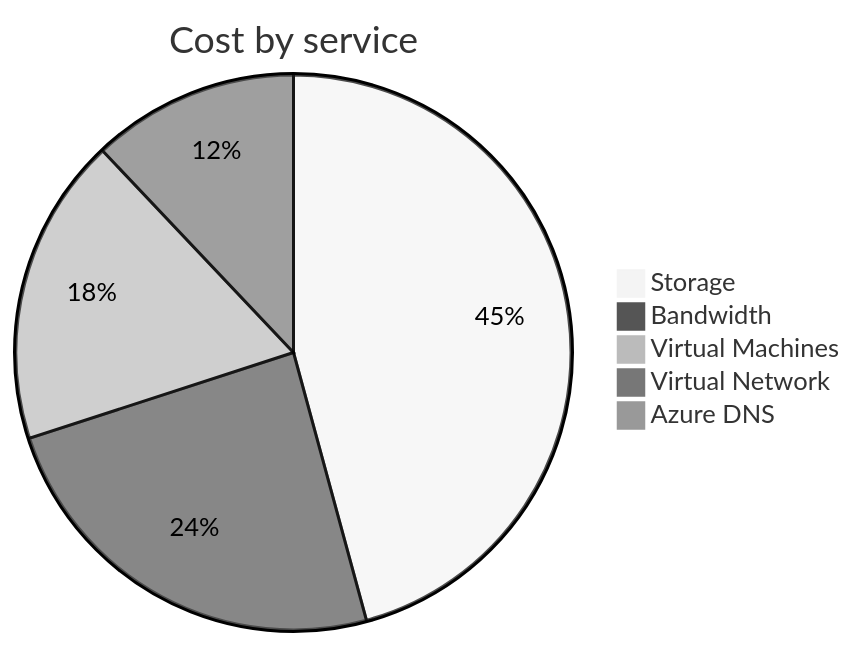
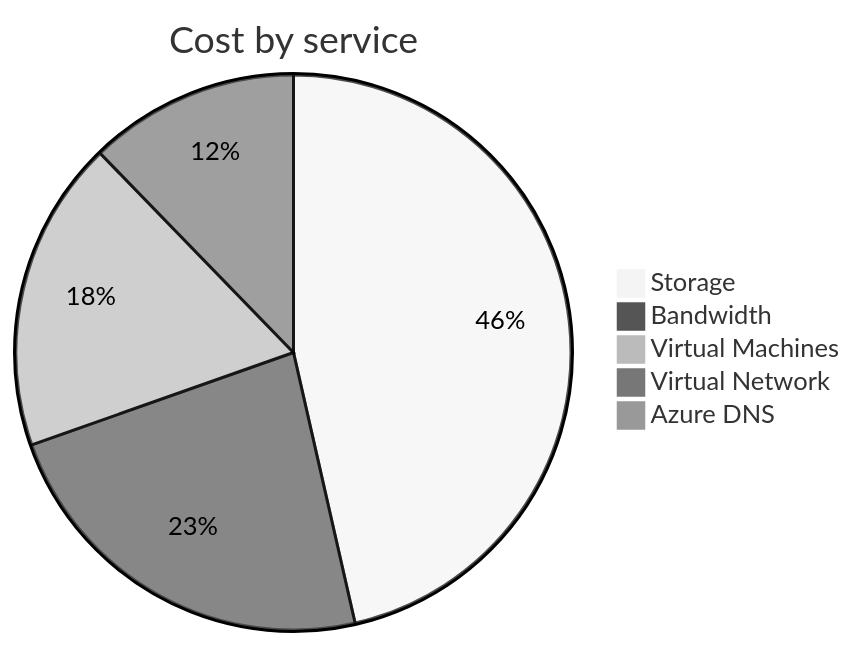
Before and after one commit to jpfulton/azure-personal-reports: the second of 4 diagrams in cost-reports/personal-network/README.md, drawn with Mermaid (neutral theme). The commit also changed other lines of this file and 8 other files, not shown here.

````diff
--- a/cost-reports/personal-network/README.md
+++ b/cost-reports/personal-network/README.md
@@ -95,9 +95,9 @@
 ```mermaid
 pie
    title Cost by service
-   "Storage" : 15.41
+   "Storage" : 16.36
    "Bandwidth" : 8.16
-   "Virtual Machines" : 6.04
-   "Virtual Network" : 4.06
-   "Azure DNS" : 0.27
+   "Virtual Machines" : 6.39
+   "Virtual Network" : 4.32
+   "Azure DNS" : 0.29
 ```
````
